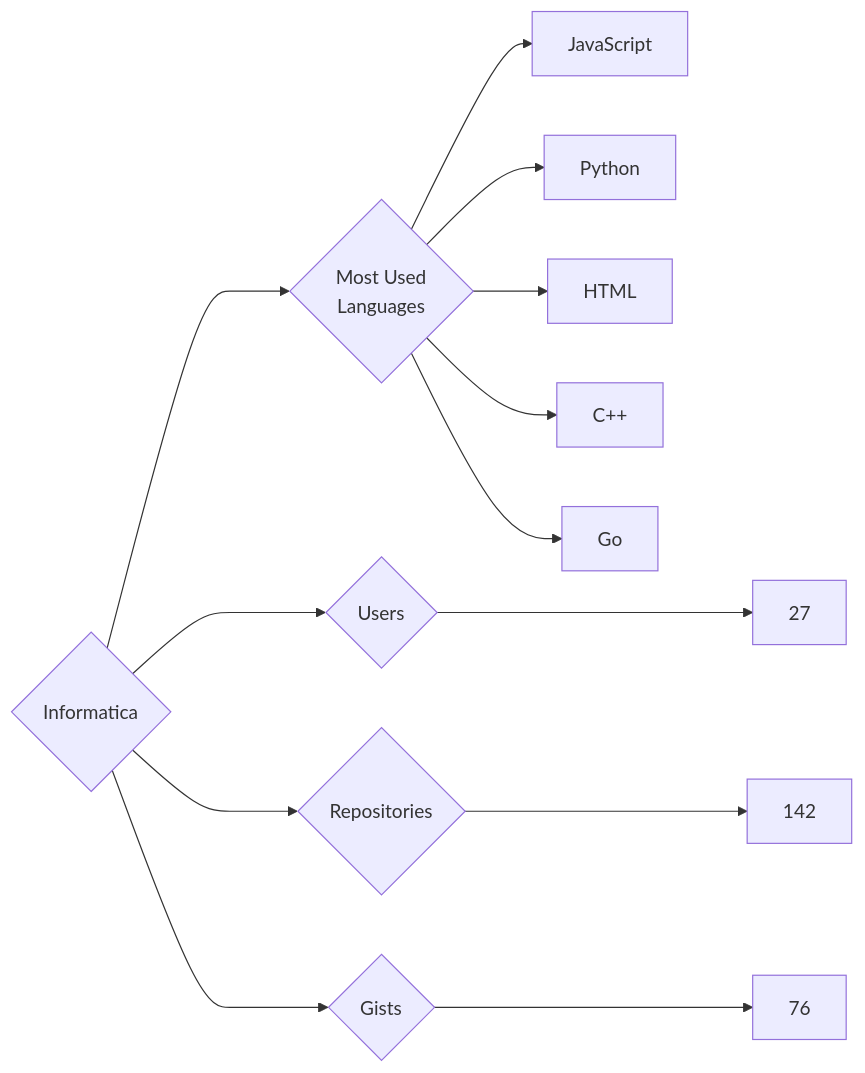
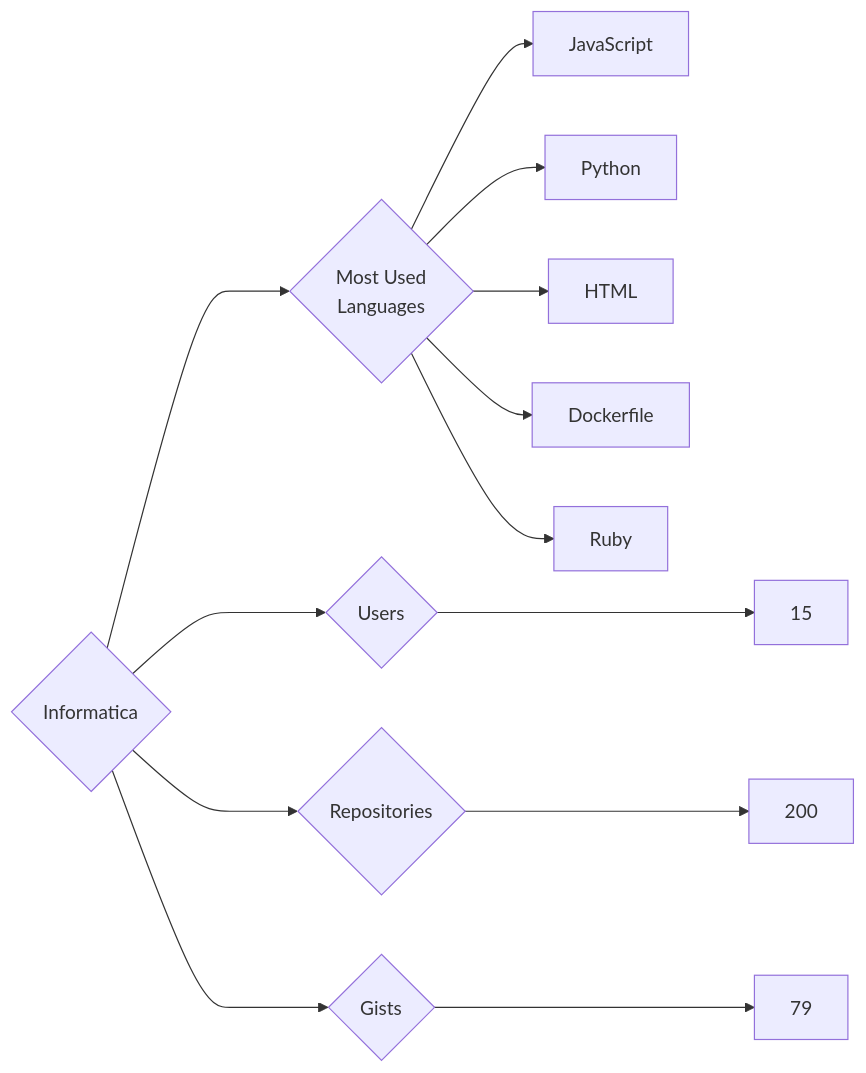
One commit to trickest/insiders changed the diagram in targets/Informatica/README.md. Above: the diagram before and after it, drawn with Mermaid. The commit also changed 1084 other files, not shown here.

````diff
--- a/targets/Informatica/README.md
+++ b/targets/Informatica/README.md
@@ -3,13 +3,13 @@
 ```mermaid
 graph LR
 COMPANY_NAME{Informatica}
-COMPANY_NAME ---> U{Users} ---> UN[27]
-COMPANY_NAME ---> R{Repositories} ---> RN[142]
-COMPANY_NAME ---> G{Gists} ---> GN[76]
+COMPANY_NAME ---> U{Users} ---> UN[15]
+COMPANY_NAME ---> R{Repositories} ---> RN[200]
+COMPANY_NAME ---> G{Gists} ---> GN[79]
 COMPANY_NAME ---> ML{Most Used<br>Languages}
 ML --> JavaScript[JavaScript]
 ML --> Python[Python]
 ML --> HTML[HTML]
-ML --> C++[C++]
-ML --> Go[Go]
+ML --> Dockerfile[Dockerfile]
+ML --> Ruby[Ruby]
 ```
````
